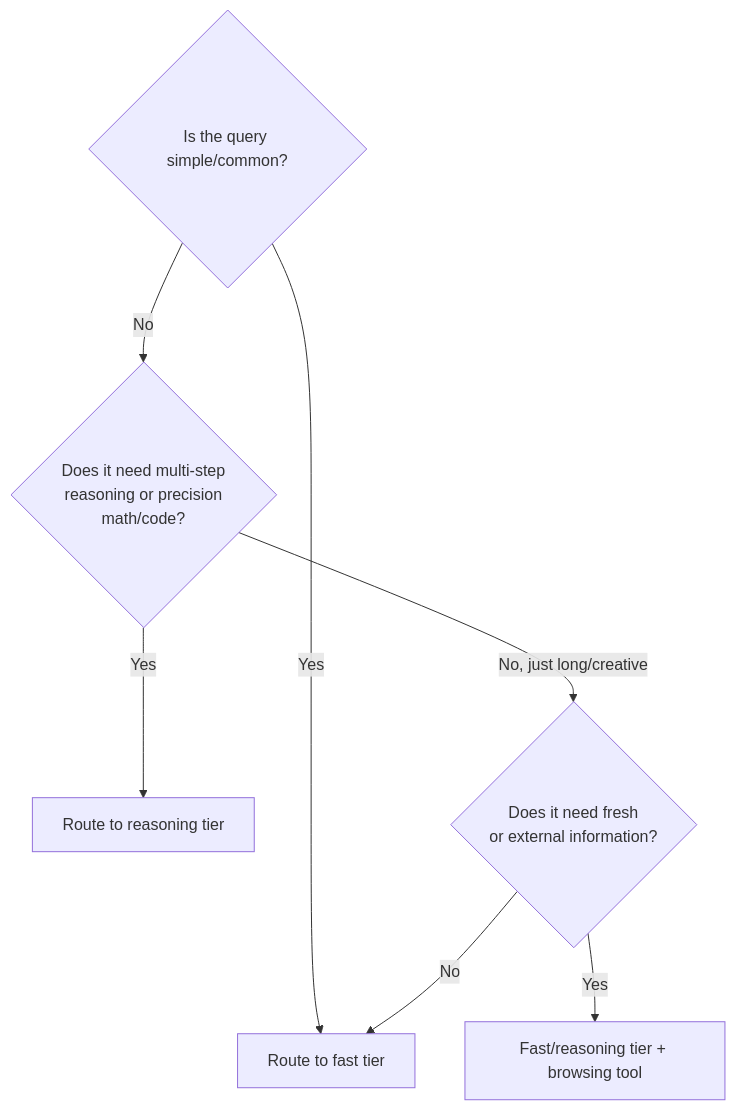
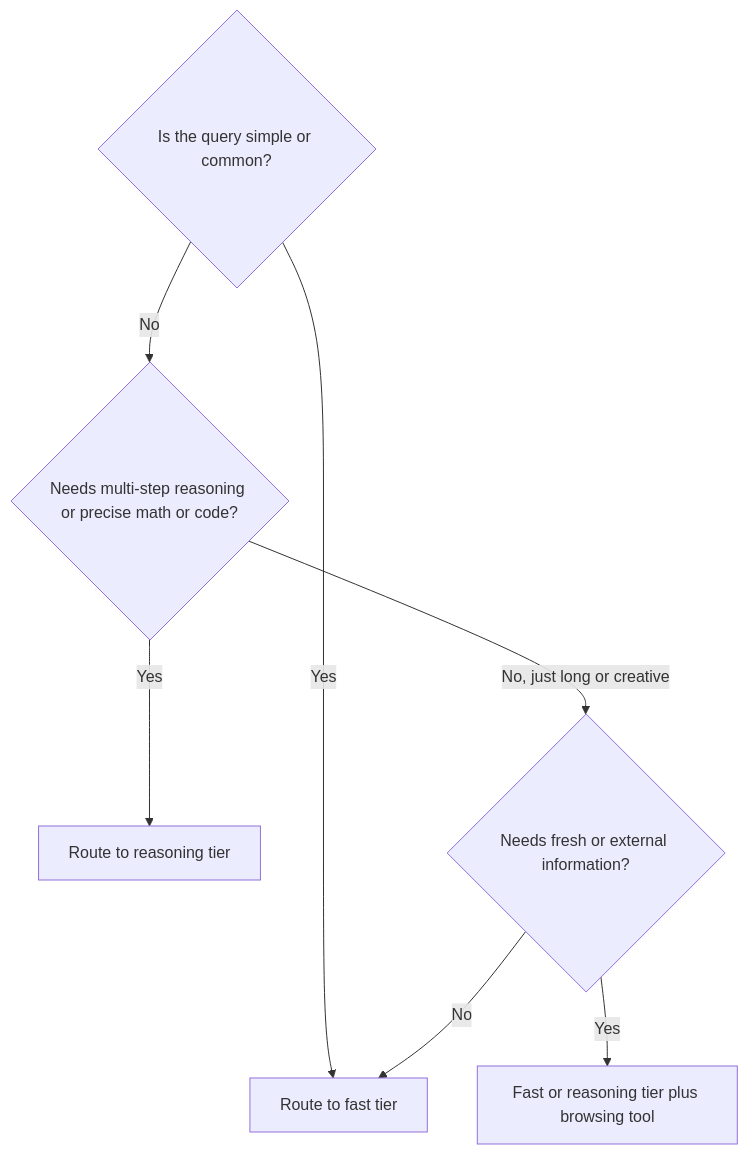
One commit to GyanendraChaubey/AI-System-Design-Notes changed the fourth of 4 diagrams in docs/25-case-studies/01-chatgpt.md. Above: the diagram before and after it, drawn with Mermaid. The commit also changed other lines of this file and 30 other files, not shown here.

````diff
--- a/docs/25-case-studies/01-chatgpt.md
+++ b/docs/25-case-studies/01-chatgpt.md
@@ -228,9 +339,9 @@
 ```mermaid
 flowchart TD
-    Q1{Is the query simple/common?} -->|Yes| FAST[Route to fast tier]
-    Q1 -->|No| Q2{Does it need multi-step\nreasoning or precision\nmath/code?}
-    Q2 -->|Yes| REASON[Route to reasoning tier]
-    Q2 -->|No, just long/creative| Q3{Does it need fresh\nor external information?}
-    Q3 -->|Yes| BROWSE[Fast/reasoning tier + browsing tool]
-    Q3 -->|No| FAST
+    Q1{"Is the query simple or common?"} -->|"Yes"| FAST["Route to fast tier"]
+    Q1 -->|"No"| Q2{"Needs multi-step reasoning or precise math or code?"}
+    Q2 -->|"Yes"| REASON["Route to reasoning tier"]
+    Q2 -->|"No, just long or creative"| Q3{"Needs fresh or external information?"}
+    Q3 -->|"Yes"| BROWSE["Fast or reasoning tier plus browsing tool"]
+    Q3 -->|"No"| FAST
 ```
````
